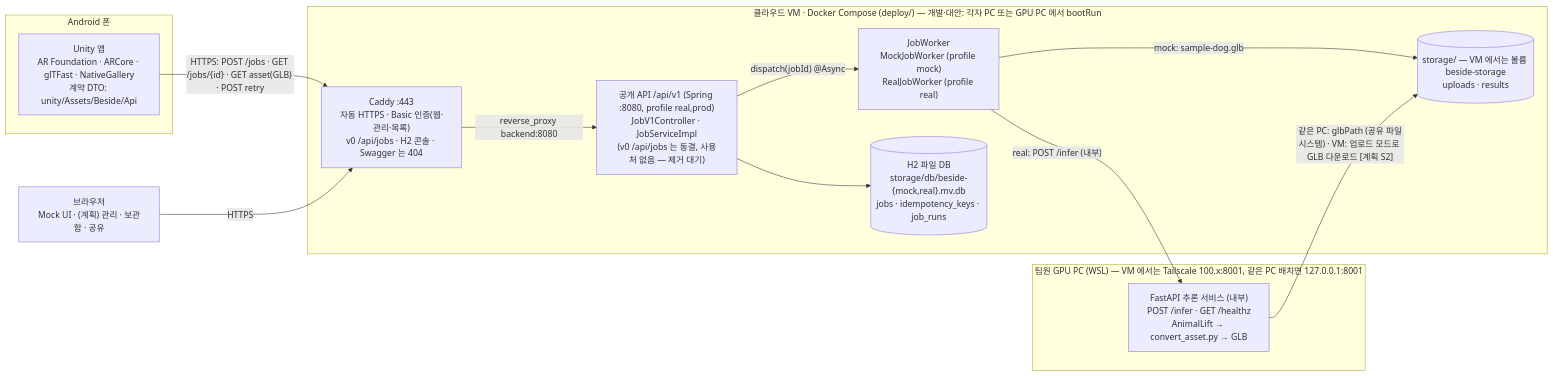
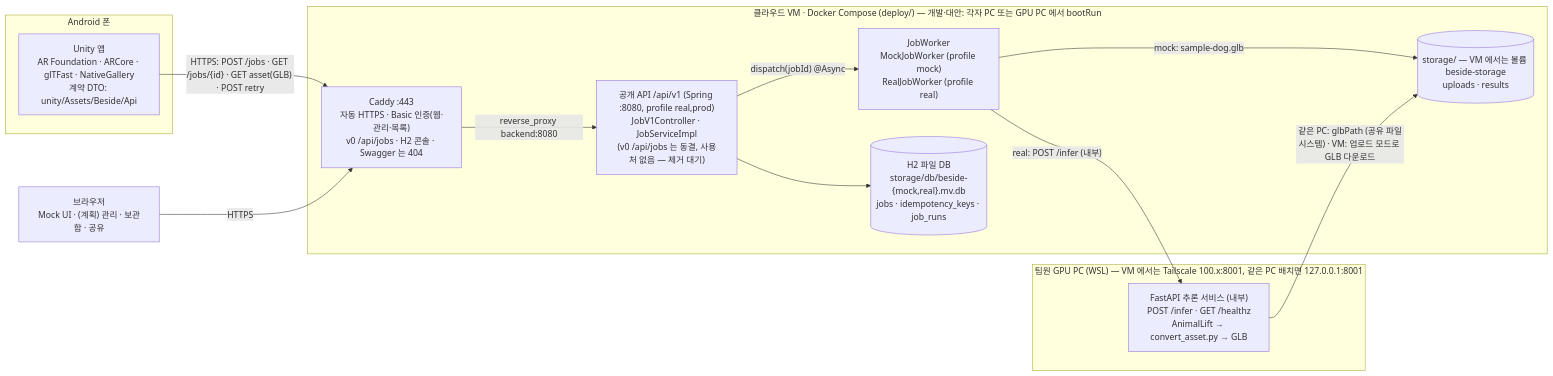
Before and after one commit to minwoo3717/Beside: the first of 3 diagrams in docs/ARCHITECTURE.md, drawn with Mermaid. The commit also changed other lines of this file and 3 other files, not shown here.

````diff
--- a/docs/ARCHITECTURE.md
+++ b/docs/ARCHITECTURE.md
@@ -11,25 +11,25 @@
 ```mermaid
 flowchart LR
     subgraph Phone["Android 폰"]
         U["Unity 앱<br/>AR Foundation · ARCore · glTFast · NativeGallery<br/>계약 DTO: unity/Assets/Beside/Api"]
     end
     B["브라우저<br/>Mock UI · (계획) 관리 · 보관함 · 공유"]
     subgraph Server["클라우드 VM · Docker Compose (deploy/) — 개발·대안: 각자 PC 또는 GPU PC 에서 bootRun"]
         C["Caddy :443<br/>자동 HTTPS · Basic 인증(웹·관리·목록)<br/>v0 /api/jobs · H2 콘솔 · Swagger 는 404"]
         S["공개 API /api/v1 (Spring :8080, profile real,prod)<br/>JobV1Controller · JobServiceImpl<br/>(v0 /api/jobs 는 동결, 사용처 없음 — 제거 대기)"]
         W["JobWorker<br/>MockJobWorker (profile mock)<br/>RealJobWorker (profile real)"]
         FS[("storage/ — VM 에서는 볼륨 beside-storage<br/>uploads · results")]
         DB[("H2 파일 DB<br/>storage/db/beside-{mock,real}.mv.db<br/>jobs · idempotency_keys · job_runs")]
     end
     subgraph Gpu["팀원 GPU PC (WSL) — VM 에서는 Tailscale 100.x:8001, 같은 PC 배치면 127.0.0.1:8001"]
         P["FastAPI 추론 서비스 (내부)<br/>POST /infer · GET /healthz<br/>AnimalLift → convert_asset.py → GLB"]
     end
     U -->|"HTTPS: POST /jobs · GET /jobs/{id} · GET asset(GLB) · POST retry"| C
     B -->|"HTTPS"| C
     C -->|"reverse_proxy backend:8080"| S
     S --> DB
     S -->|"dispatch(jobId) @Async"| W
     W -->|"mock: sample-dog.glb"| FS
     W -->|"real: POST /infer (내부)"| P
-    P -->|"같은 PC: glbPath (공유 파일시스템) · VM: 업로드 모드로 GLB 다운로드 [계획 S2]"| FS
+    P -->|"같은 PC: glbPath (공유 파일시스템) · VM: 업로드 모드로 GLB 다운로드"| FS
 ```
````
